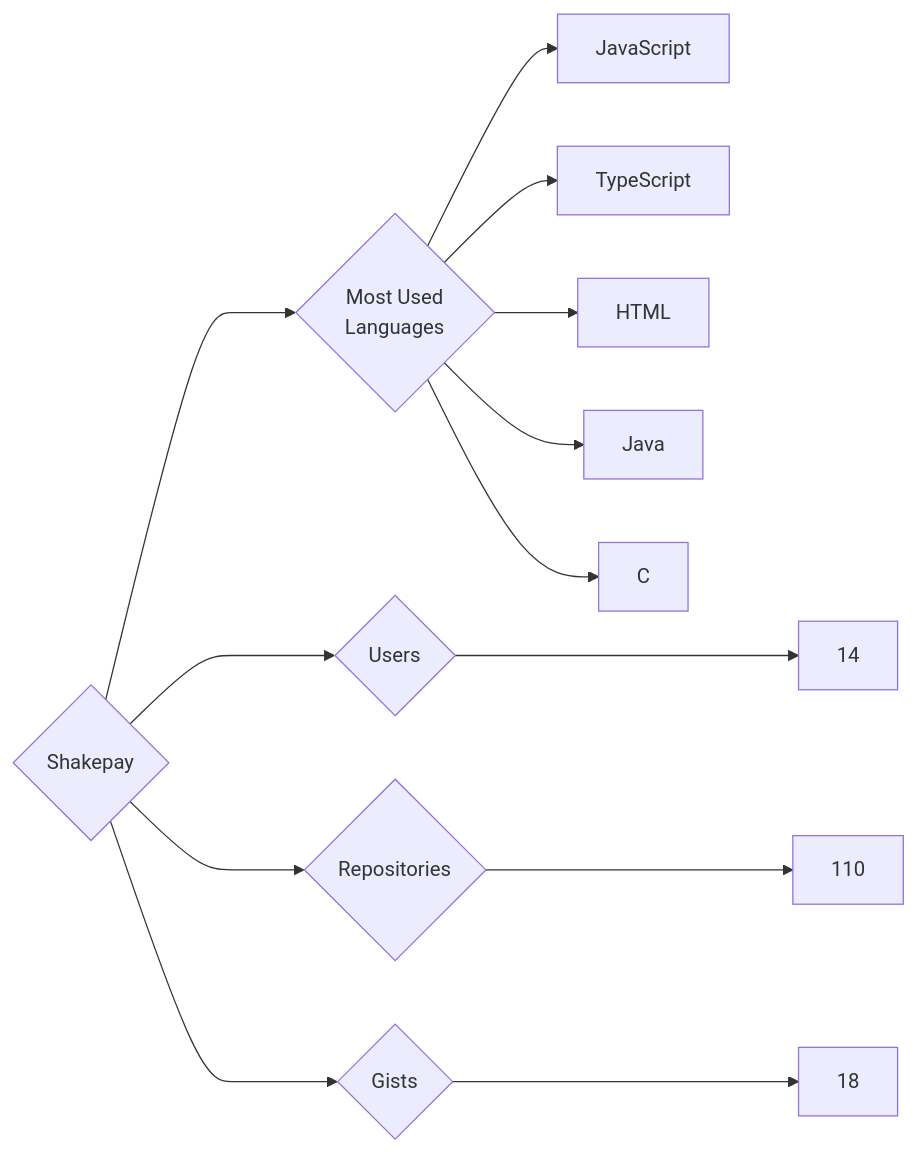
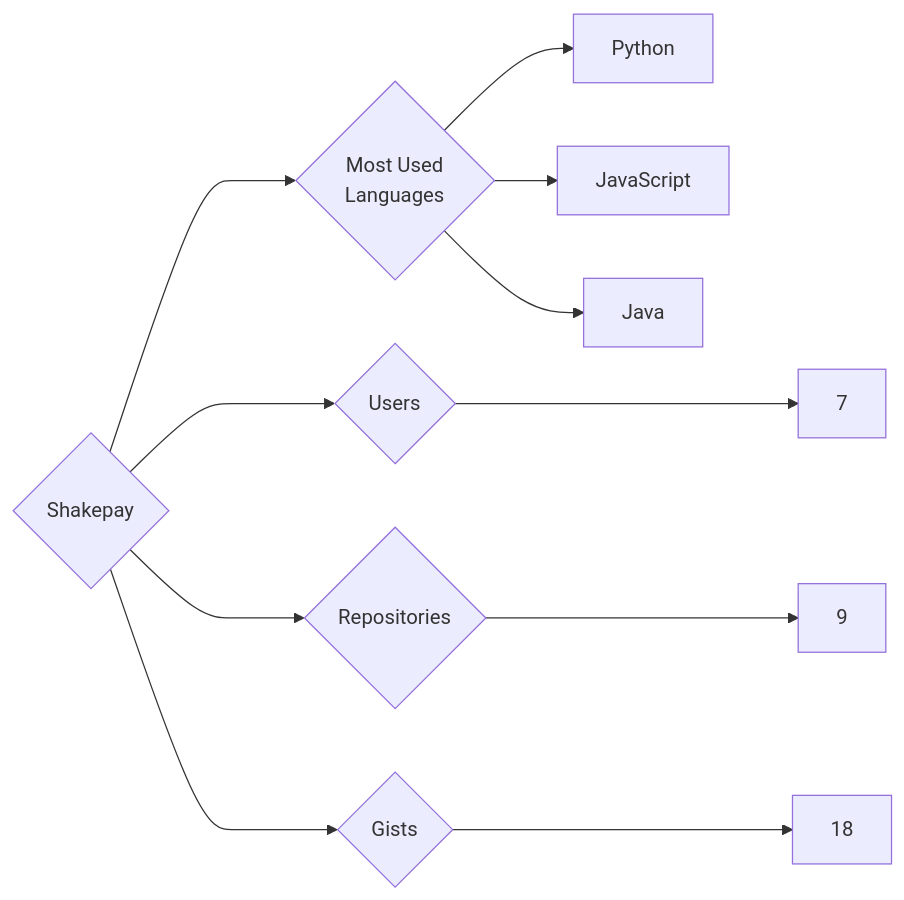
The diagram in targets/Shakepay/README.md (trickest/insiders), drawn with Mermaid before and after one commit. The commit also changed 1479 other files, not shown here.

````diff
--- a/targets/Shakepay/README.md
+++ b/targets/Shakepay/README.md
@@ -3,13 +3,11 @@
 ```mermaid
 graph LR
 COMPANY_NAME{Shakepay}
-COMPANY_NAME ---> U{Users} ---> UN[14]
-COMPANY_NAME ---> R{Repositories} ---> RN[110]
+COMPANY_NAME ---> U{Users} ---> UN[7]
+COMPANY_NAME ---> R{Repositories} ---> RN[9]
 COMPANY_NAME ---> G{Gists} ---> GN[18]
 COMPANY_NAME ---> ML{Most Used<br>Languages}
+ML --> Python[Python]
 ML --> JavaScript[JavaScript]
-ML --> TypeScript[TypeScript]
-ML --> HTML[HTML]
 ML --> Java[Java]
-ML --> C[C]
 ```
````
